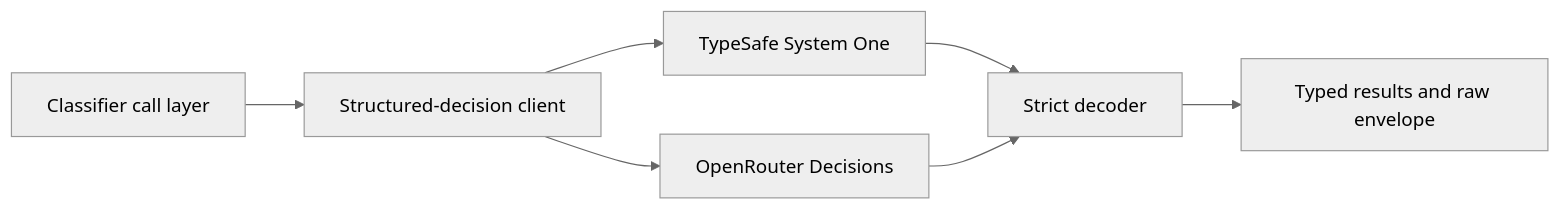
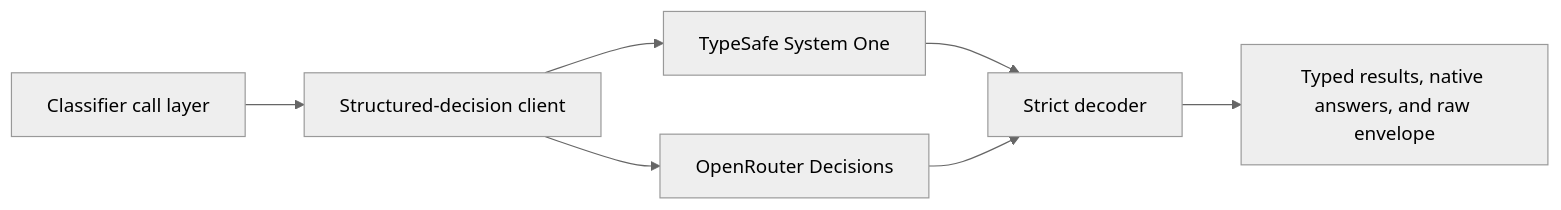
Before and after one commit to vouchington/vouchington: the diagram in docs/overview/architecture/structured-decisions.md, drawn with Mermaid (neutral theme). The commit also changed other lines of this file and 41 other files, not shown here.

````diff
--- a/docs/overview/architecture/structured-decisions.md
+++ b/docs/overview/architecture/structured-decisions.md
@@ -7,9 +7,9 @@
 ```mermaid
 flowchart LR
   Caller[Classifier call layer] --> Client[Structured-decision client]
   Client --> TypeSafe[TypeSafe System One]
   Client --> OpenRouter[OpenRouter Decisions]
   TypeSafe --> Decode[Strict decoder]
   OpenRouter --> Decode
-  Decode --> Result[Typed results and raw envelope]
+  Decode --> Result[Typed results, native answers, and raw envelope]
 ```
````
